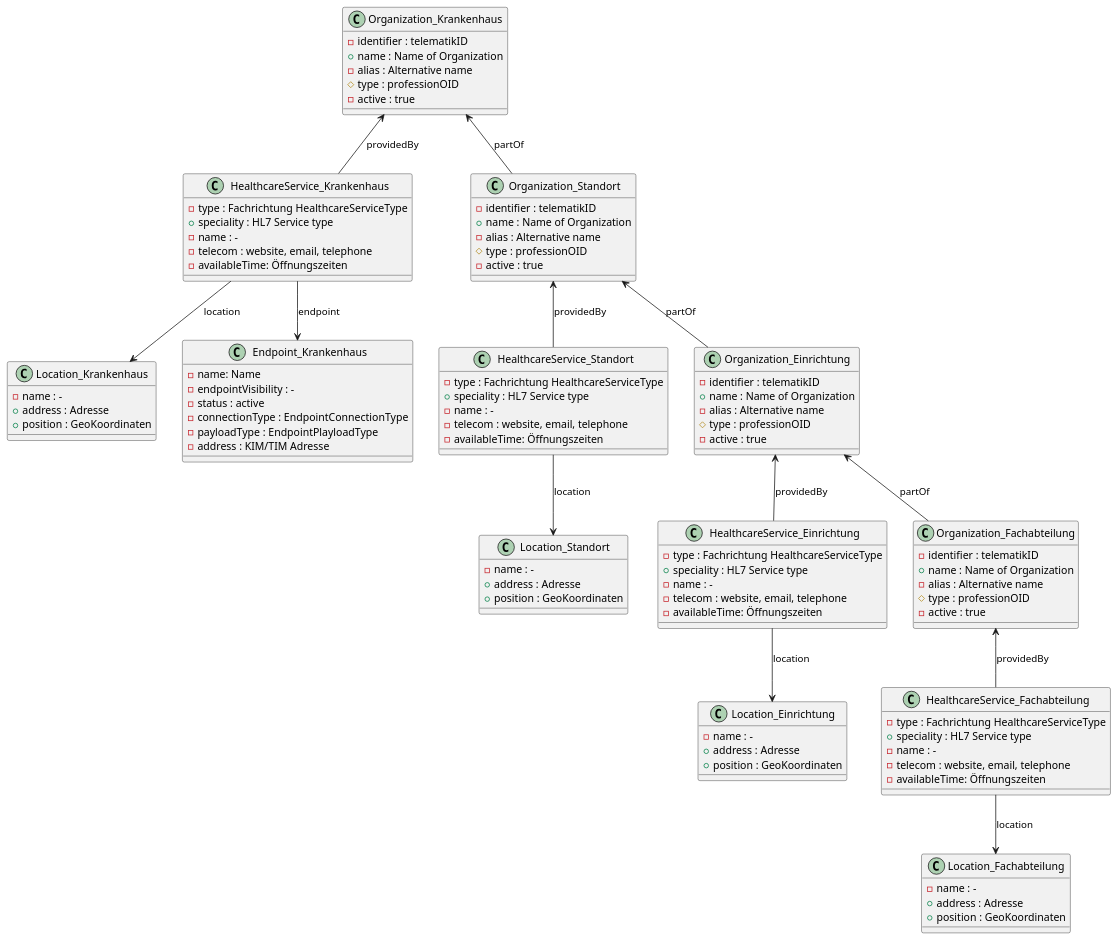
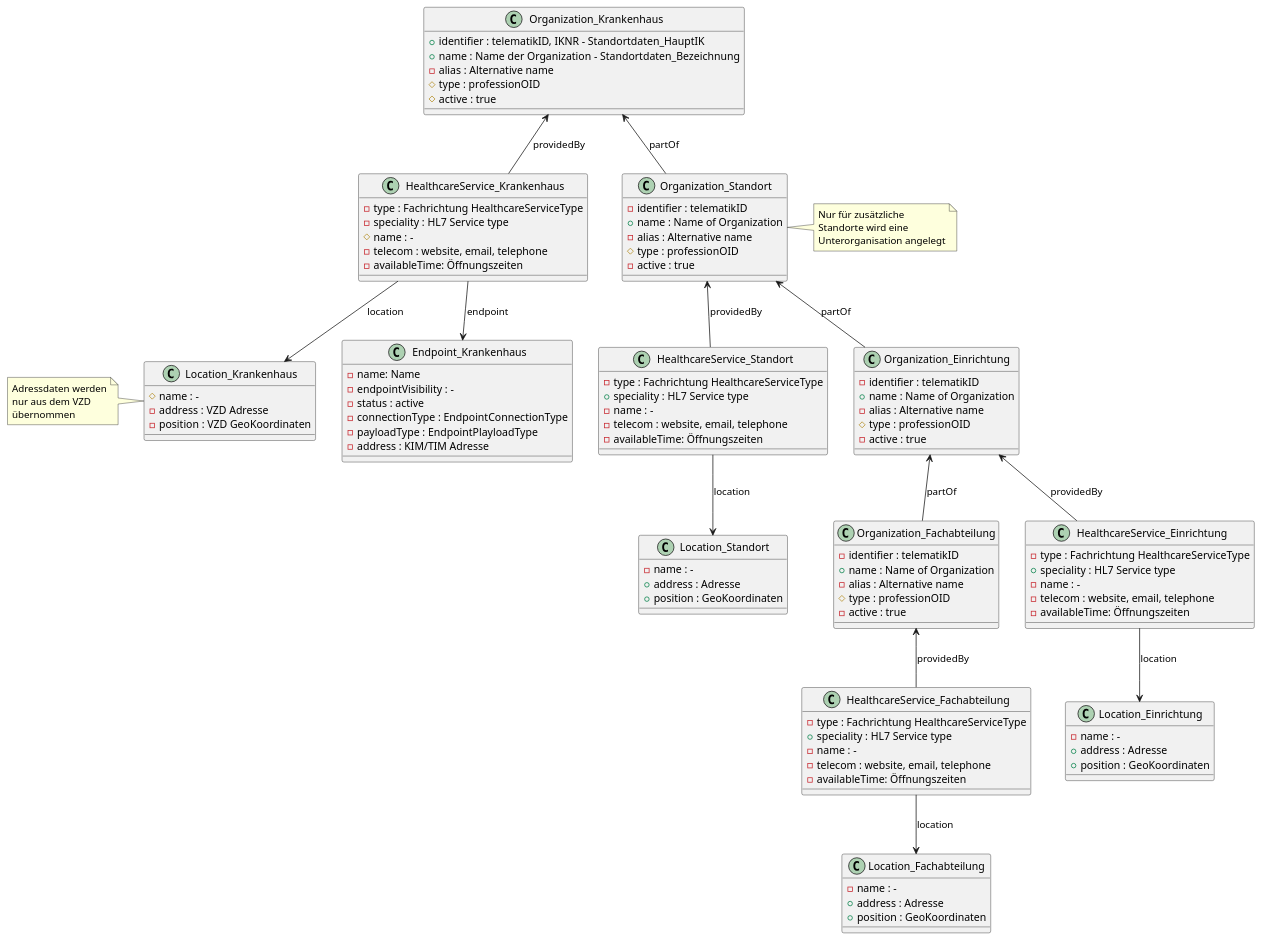
One commit to gematik/api-vzd changed the diagram in src/plantuml/OrgStruct/Standortverzeichnis.puml. Above: the diagram before and after it, drawn with PlantUML.

```diff
--- a/src/plantuml/OrgStruct/Standortverzeichnis.puml
+++ b/src/plantuml/OrgStruct/Standortverzeichnis.puml
@@ -1,138 +1,147 @@
 @startuml
 
 
 class Organization_Krankenhaus {
--identifier : telematikID
-+name : Name of Organization
++identifier : telematikID, IKNR - Standortdaten_HauptIK
++name : Name der Organization - Standortdaten_Bezeichnung
 -alias : Alternative name
 #type : professionOID
--active : true
+#active : true
 }
 
 
 
 class HealthcareService_Krankenhaus {
 -type : Fachrichtung HealthcareServiceType
-+speciality : HL7 Service type
--name : -
+-speciality : HL7 Service type
+#name : -
 -telecom : website, email, telephone
 -availableTime: Öffnungszeiten
 }
 
 Organization_Krankenhaus <-- HealthcareService_Krankenhaus : providedBy
 HealthcareService_Krankenhaus --> Location_Krankenhaus : location
 HealthcareService_Krankenhaus --> Endpoint_Krankenhaus : endpoint
 
 
 class Location_Krankenhaus {
--name : -
-+address : Adresse
-+position : GeoKoordinaten
+#name : -
+-address : VZD Adresse 
+-position : VZD GeoKoordinaten
 }
-
+note left of Location_Krankenhaus 
+   Adressdaten werden
+   nur aus dem VZD
+   übernommen
+end note   
 
 class Endpoint_Krankenhaus {
 -name: Name
 -endpointVisibility : -
 -status : active
 -connectionType : EndpointConnectionType
 -payloadType : EndpointPlayloadType
 -address : KIM/TIM Adresse
 }
 
 
 class Organization_Standort {
 -identifier : telematikID
 +name : Name of Organization
 -alias : Alternative name
 #type : professionOID
 -active : true
 }
-
+note right of Organization_Standort 
+   Nur für zusätzliche
+   Standorte wird eine
+   Unterorganisation angelegt
+end note 
 
 Organization_Krankenhaus <-- Organization_Standort : "partOf"
+HealthcareService_Krankenhaus -[hidden]right-> Organization_Standort
 
 class HealthcareService_Standort {
 -type : Fachrichtung HealthcareServiceType
 +speciality : HL7 Service type
 -name : -
 -telecom : website, email, telephone
 -availableTime: Öffnungszeiten
 }
 
 HealthcareService_Standort --> Location_Standort : location
 Organization_Standort <-- HealthcareService_Standort : providedBy
 
 
 
 class Location_Standort {
 -name : -
 +address : Adresse
 +position : GeoKoordinaten
 }
 
 
 class Organization_Einrichtung {
 -identifier : telematikID
 +name : Name of Organization
 -alias : Alternative name
 #type : professionOID
 -active : true
 }
 
 
 Organization_Standort <-- Organization_Einrichtung : "partOf"
 
 class HealthcareService_Einrichtung {
 -type : Fachrichtung HealthcareServiceType
 +speciality : HL7 Service type
 -name : -
 -telecom : website, email, telephone
 -availableTime: Öffnungszeiten
 }
 
 HealthcareService_Einrichtung --> Location_Einrichtung : location
 Organization_Einrichtung <-- HealthcareService_Einrichtung : providedBy
 
 
 
 class Location_Einrichtung {
 -name : -
 +address : Adresse
 +position : GeoKoordinaten
 }
 
 
 class Organization_Fachabteilung {
 -identifier : telematikID
 +name : Name of Organization
 -alias : Alternative name
 #type : professionOID
 -active : true
 }
 
 
 Organization_Einrichtung <-- Organization_Fachabteilung : "partOf"
 
 class HealthcareService_Fachabteilung {
 -type : Fachrichtung HealthcareServiceType
 +speciality : HL7 Service type
 -name : -
 -telecom : website, email, telephone
 -availableTime: Öffnungszeiten
 }
 
 HealthcareService_Fachabteilung --> Location_Fachabteilung : location
 Organization_Fachabteilung <-- HealthcareService_Fachabteilung : providedBy
 
 
 class Location_Fachabteilung {
 -name : -
 +address : Adresse
 +position : GeoKoordinaten
 }
 
 
 
 
 @enduml
```
